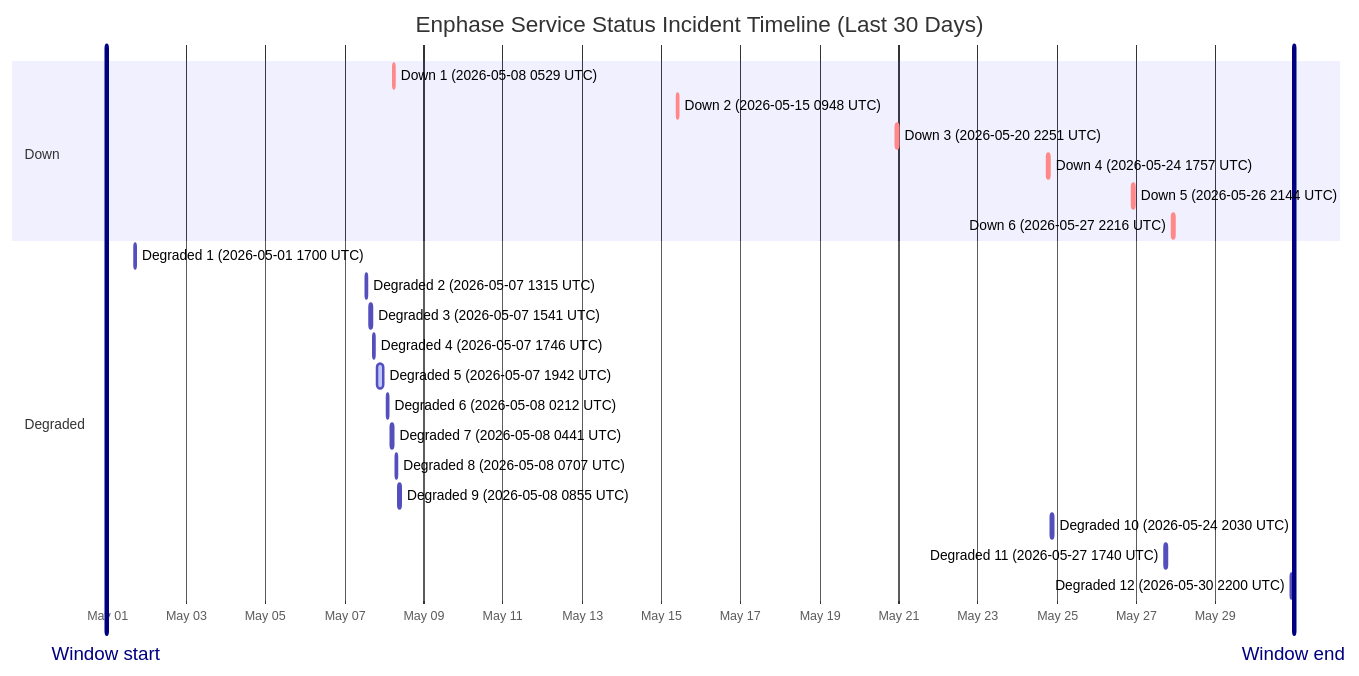
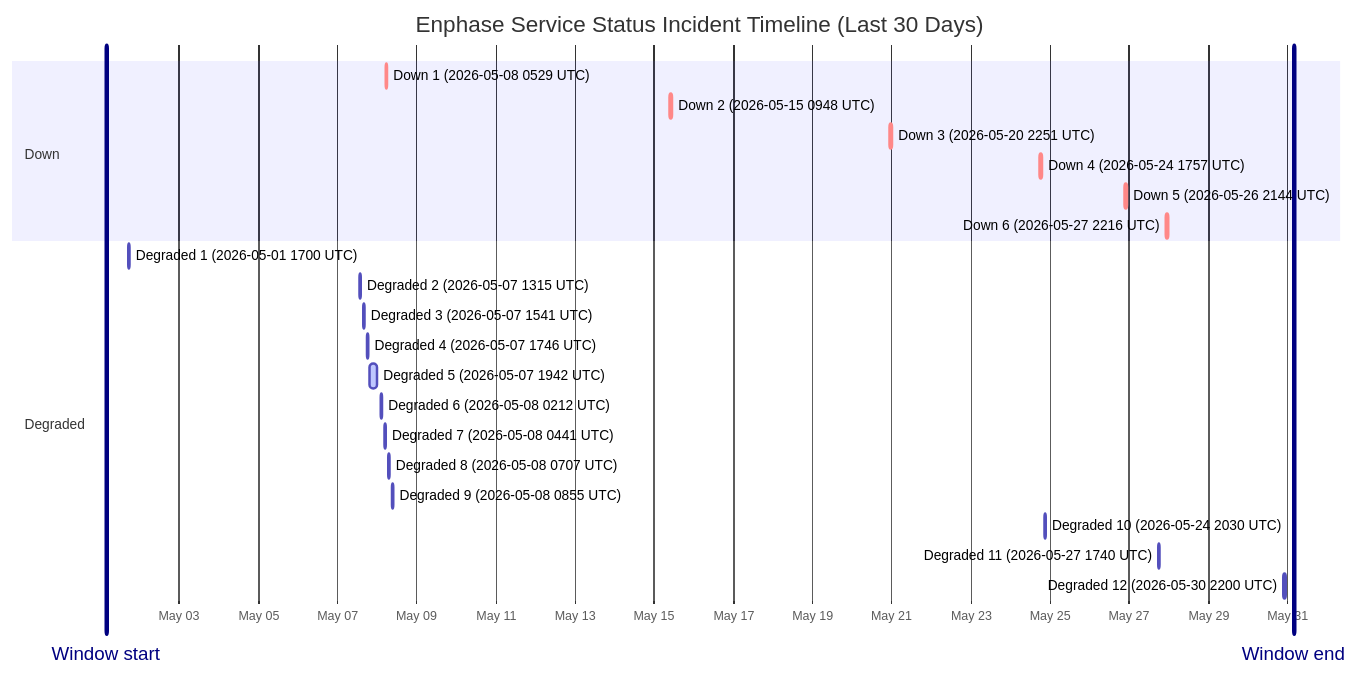
Before and after one commit to barneyonline/ha-enphase-ev-charger: the diagram in wiki/Service-Status-History.md, drawn with Mermaid. The commit also changed other lines of this file and 3 other files, not shown here.

````diff
--- a/wiki/Service-Status-History.md
+++ b/wiki/Service-Status-History.md
@@ -14,28 +14,28 @@
 ```mermaid
 gantt
     title Enphase Service Status Incident Timeline (Last 30 Days)
     dateFormat  YYYY-MM-DDTHH:mm:ss
     axisFormat  %b %d
-    Window start :vert, window-start, 2026-04-30T23:32:59, 0ms
-    Window end :vert, window-end, 2026-05-30T23:32:59, 0ms
+    Window start :vert, window-start, 2026-05-01T03:42:24, 0ms
+    Window end :vert, window-end, 2026-05-31T03:42:24, 0ms
     section Down
     Down 1 (2026-05-08 0529 UTC) :crit, down-1, 2026-05-08T05:29:47, 60m
     Down 2 (2026-05-15 0948 UTC) :crit, down-2, 2026-05-15T09:48:18, 60m
     Down 3 (2026-05-20 2251 UTC) :crit, down-3, 2026-05-20T22:51:14, 75m
     Down 4 (2026-05-24 1757 UTC) :crit, down-4, 2026-05-24T17:57:41, 86m
     Down 5 (2026-05-26 2144 UTC) :crit, down-5, 2026-05-26T21:44:11, 85m
     Down 6 (2026-05-27 2216 UTC) :crit, down-6, 2026-05-27T22:16:53, 87m
     section Degraded
     Degraded 1 (2026-05-01 1700 UTC) :active, degraded-1, 2026-05-01T17:00:22, 60m
     Degraded 2 (2026-05-07 1315 UTC) :active, degraded-2, 2026-05-07T13:15:25, 60m
     Degraded 3 (2026-05-07 1541 UTC) :active, degraded-3, 2026-05-07T15:41:58, 60m
     Degraded 4 (2026-05-07 1746 UTC) :active, degraded-4, 2026-05-07T17:46:51, 60m
     Degraded 5 (2026-05-07 1942 UTC) :active, degraded-5, 2026-05-07T19:42:10, 249m
     Degraded 6 (2026-05-08 0212 UTC) :active, degraded-6, 2026-05-08T02:12:39, 60m
     Degraded 7 (2026-05-08 0441 UTC) :active, degraded-7, 2026-05-08T04:41:46, 60m
     Degraded 8 (2026-05-08 0707 UTC) :active, degraded-8, 2026-05-08T07:07:30, 60m
     Degraded 9 (2026-05-08 0855 UTC) :active, degraded-9, 2026-05-08T08:55:20, 88m
     Degraded 10 (2026-05-24 2030 UTC) :active, degraded-10, 2026-05-24T20:30:57, 84m
     Degraded 11 (2026-05-27 1740 UTC) :active, degraded-11, 2026-05-27T17:40:52, 60m
     Degraded 12 (2026-05-30 2200 UTC) :active, degraded-12, 2026-05-30T22:00:37, 60m
 ```
````
